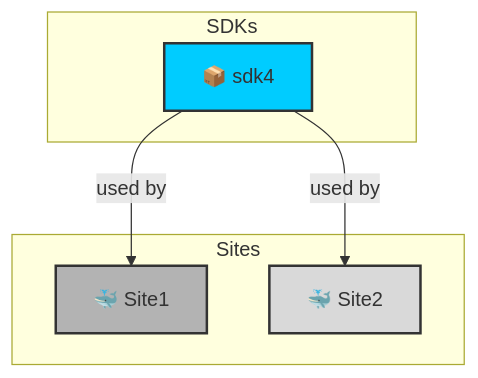
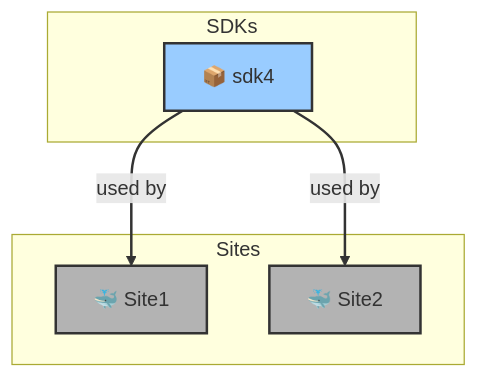
One commit to tavisca-gkochar/gkochar-tavisca.com changed the third of 3 diagrams in testdependency.md. Above: the diagram before and after it, drawn with Mermaid. The commit also changed other lines of this file, not shown here.

````diff
--- a/testdependency.md
+++ b/testdependency.md
@@ -100,22 +89,23 @@
 ```mermaid
 graph TD;
     %% Define subgraph SDKs
     subgraph SDKs
         L4[📦 sdk4]
     end
 
     subgraph Sites
         S1[🐳 Site1]
         S2[🐳 Site2]
     end
 
     %% Define relationships
     L4 -->|used by| S1;
     L4 -->|used by| S2;
 
-    %% Adding styles and theming
-    style L4 fill:#0cf,stroke:#333,stroke-width:2px;
-
-    style S1 fill:#b3b3b3,stroke:#333,stroke-width:2px;
-    style S2 fill:#d9d9d9,stroke:#333,stroke-width:2px;
+    %% Styling nodes and edges
+    classDef sdk fill:#9cf,stroke:#333,stroke-width:2px;
+    classDef site fill:#b3b3b3,stroke:#333,stroke-width:2px;
+    class L4 sdk;
+    class S1,S2 site;
+    linkStyle default stroke:#333,stroke-width:2px;
 ```
````
